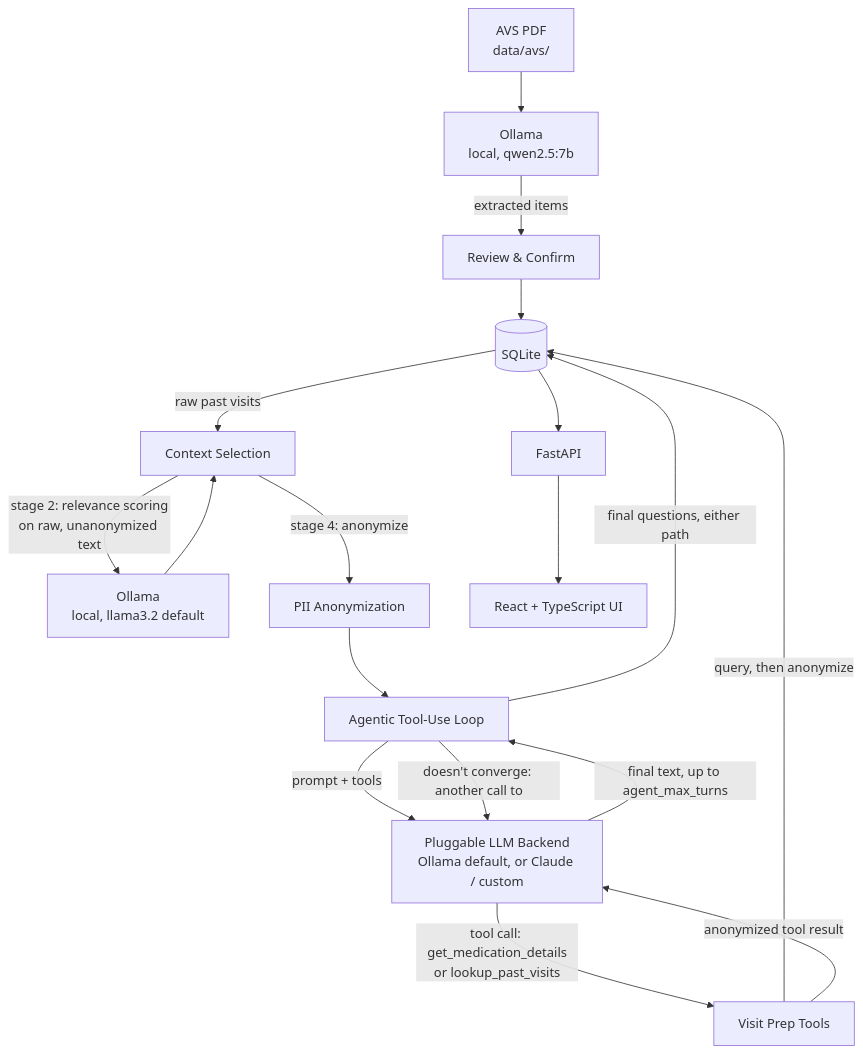
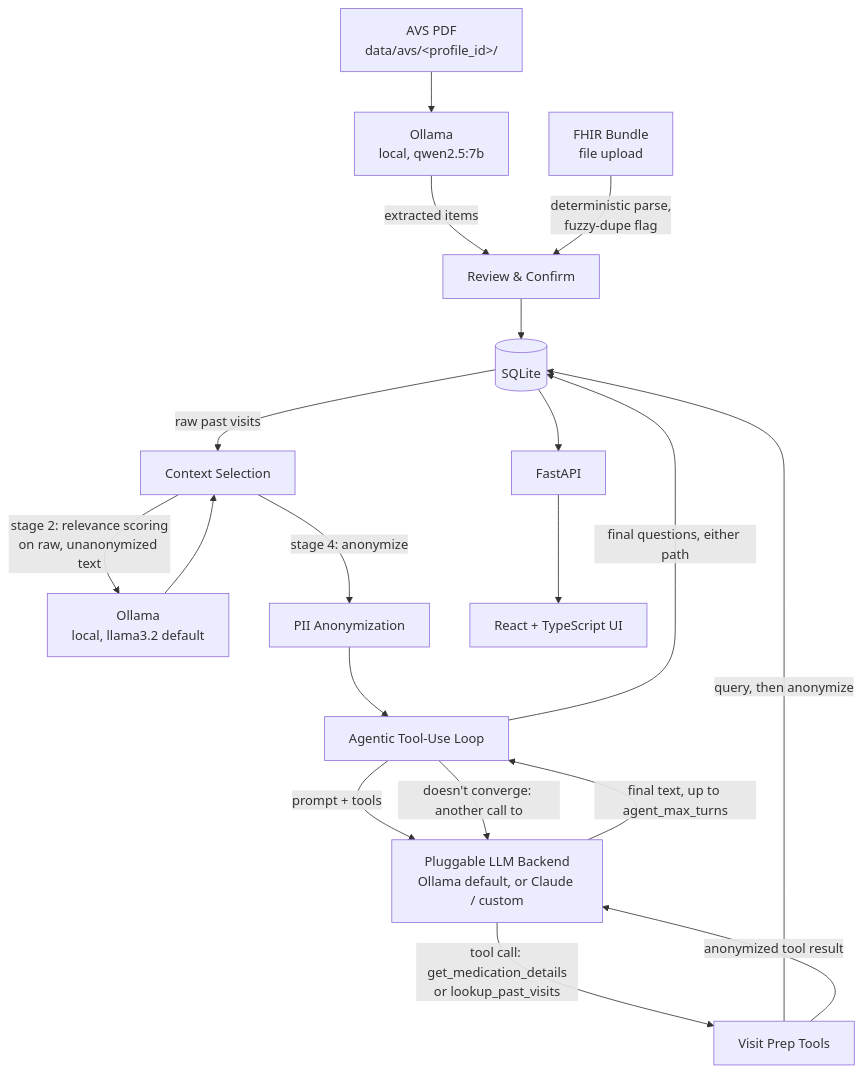
Before and after one commit to nidhi-menon/HealthSteward: the diagram in docs/notes/DESIGN.md, drawn with Mermaid. The commit also changed other lines of this file and 2 other files, not shown here.

````diff
--- a/docs/notes/DESIGN.md
+++ b/docs/notes/DESIGN.md
@@ -36,23 +37,24 @@
 ```mermaid
 flowchart TD
-    PDF[AVS PDF<br/>data/avs/] --> OllamaParse[Ollama<br/>local, qwen2.5:7b]
+    PDF[AVS PDF<br/>data/avs/&lt;profile_id&gt;/] --> OllamaParse[Ollama<br/>local, qwen2.5:7b]
     OllamaParse -->|extracted items| Review[Review & Confirm]
+    FHIR[FHIR Bundle<br/>file upload] -->|deterministic parse,<br/>fuzzy-dupe flag| Review
     Review --> DB[(SQLite)]
 
     DB -->|raw past visits| Select[Context Selection]
     Select -->|stage 2: relevance scoring<br/>on raw, unanonymized text| OllamaScore[Ollama<br/>local, llama3.2 default]
     OllamaScore --> Select
     Select -->|stage 4: anonymize| Anon[PII Anonymization]
     Anon --> Loop[Agentic Tool-Use Loop]
 
     Loop -->|prompt + tools| Backend[Pluggable LLM Backend<br/>Ollama default, or Claude / custom]
     Backend -->|tool call: get_medication_details<br/>or lookup_past_visits| Tools[Visit Prep Tools]
     Tools -->|query, then anonymize| DB
     Tools -->|anonymized tool result| Backend
     Backend -->|final text, up to agent_max_turns| Loop
     Loop -->|doesn't converge: another call to| Backend
     Loop -->|final questions, either path| DB
 
     DB --> API[FastAPI]
     API --> UI[React + TypeScript UI]
 ```
````
